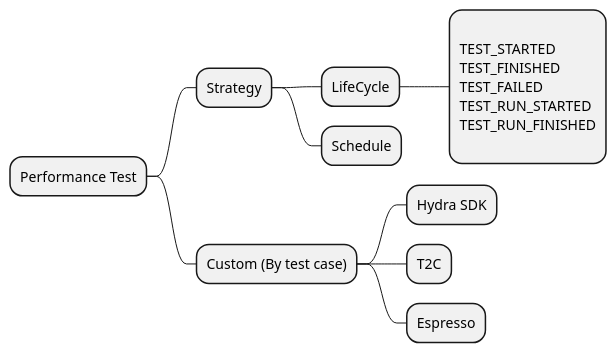
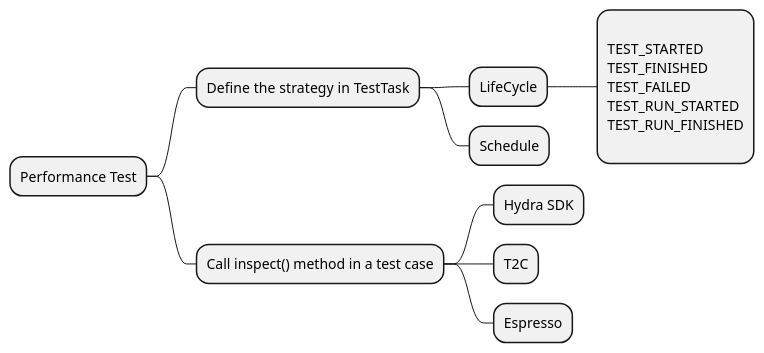
Before and after one commit to microsoft/HydraLab: the first of 4 diagrams in agent/doc/UML/performance_test_design.puml, drawn with PlantUML.

Commit message:
Apply suggestions from code review

```diff
--- a/agent/doc/UML/performance_test_design.puml
+++ b/agent/doc/UML/performance_test_design.puml
@@ -2,17 +2,17 @@
 @startmindmap performance_test_inspection_entrypoints
 * Performance Test
-** Strategy
+** Define the strategy in TestTask
 *** LifeCycle
 ****:
 TEST_STARTED
 TEST_FINISHED
 TEST_FAILED
 TEST_RUN_STARTED
 TEST_RUN_FINISHED
 ;
 *** Schedule
-** Custom (By test case)
+** Call inspect() method in a test case
 *** Hydra SDK
 *** T2C
 *** Espresso
 @endmindmap
```
